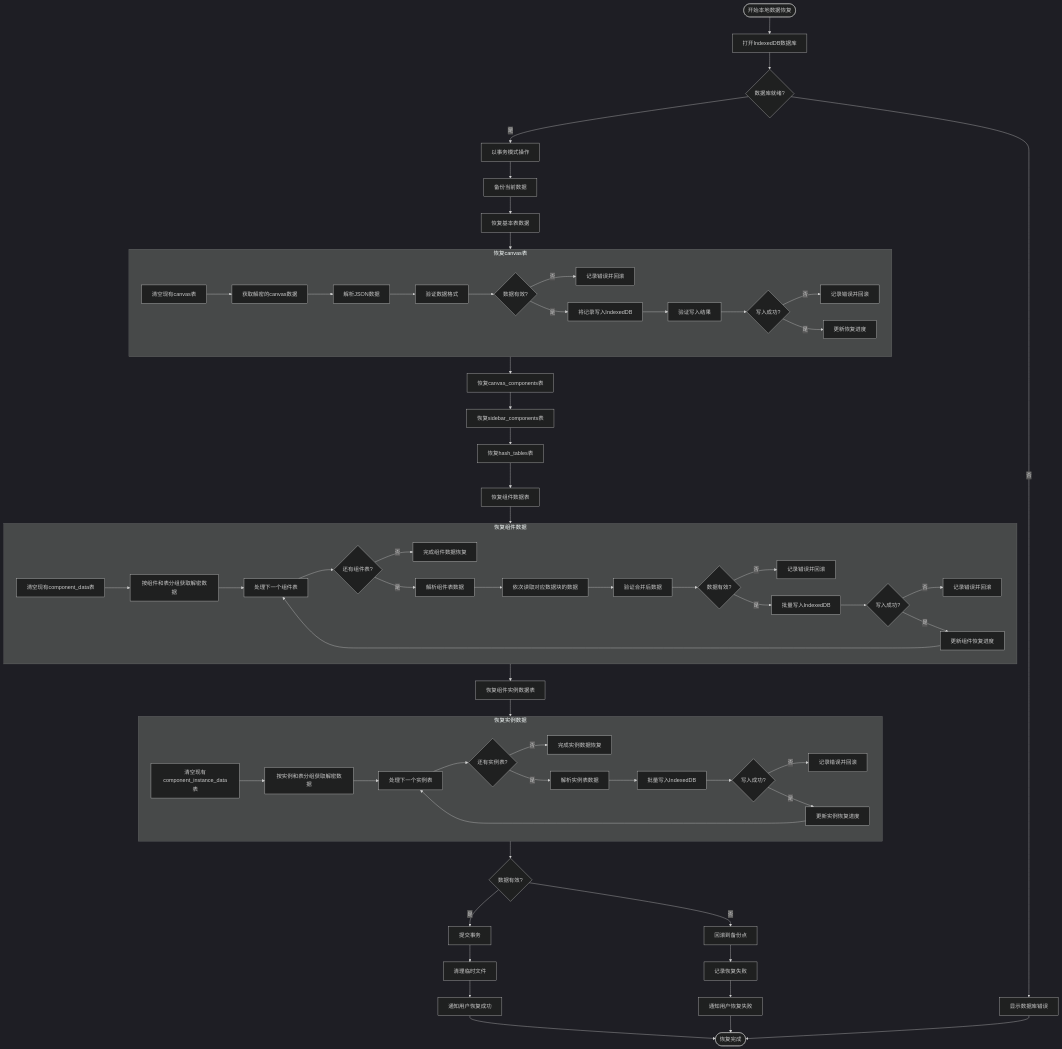
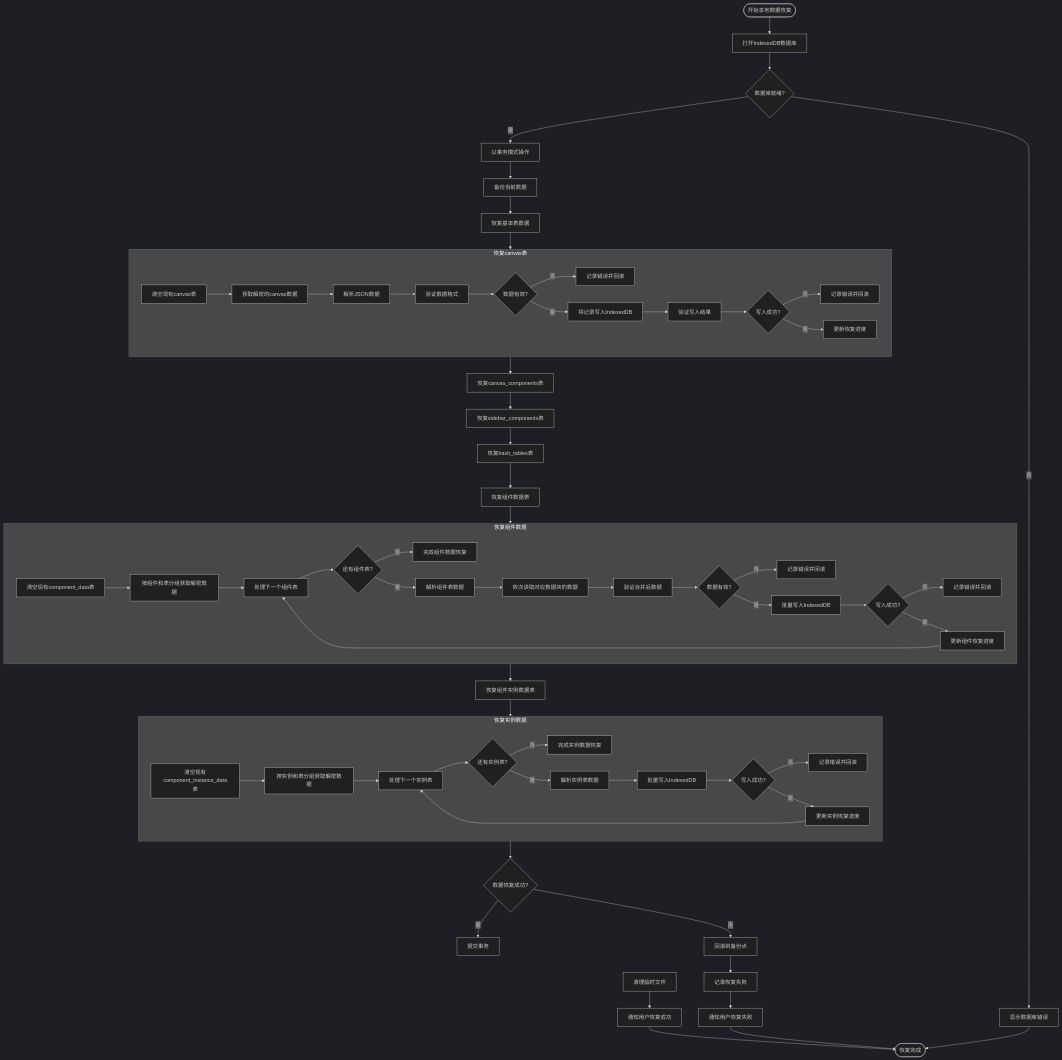
Before and after one commit to yingjianzh/iodraw-files: the diagram in all/未命名-53.md, drawn with Mermaid (dark theme).

Commit message:
2025-05-09 17:29:32 update

```diff
--- a/all/未命名-53.md
+++ b/all/未命名-53.md
@@ -66,12 +66,12 @@
     
     RestoreInstanceData --> RestoreInstData
     
-    RestoreInstData --> AllDataValid{数据有效?}
+    RestoreInstData --> AllDataValid{数据恢复成功?}
     
     AllDataValid -->|是| CommitTransaction[提交事务]
     AllDataValid -->|否| RollbackToBackup[回滚到备份点]
     
-    CommitTransaction --> CleanupTemp[清理临时文件]
+     CleanupTemp[清理临时文件]
     RollbackToBackup --> LogRestoreFailure[记录恢复失败]
     
     CleanupTemp --> NotifySuccess[通知用户恢复成功]
```
